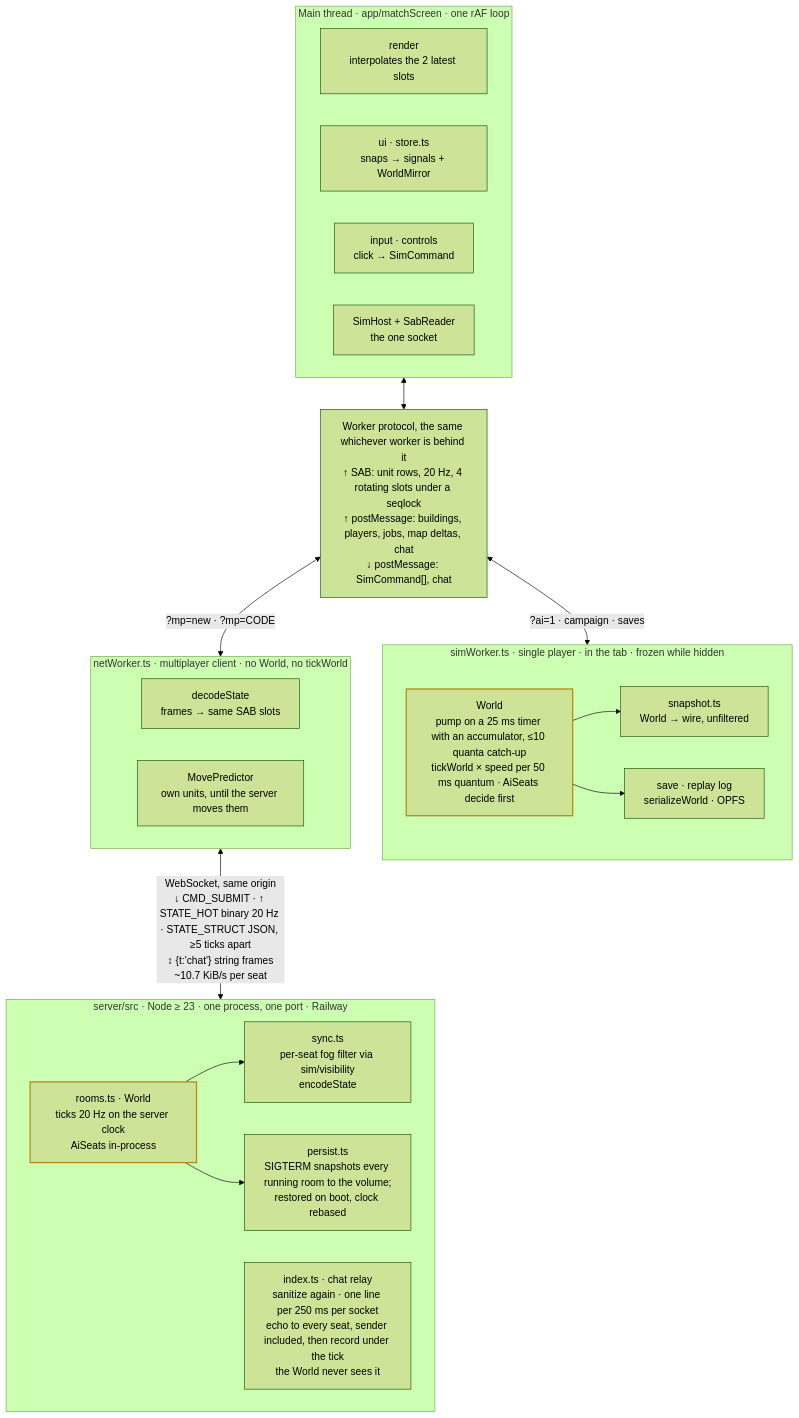
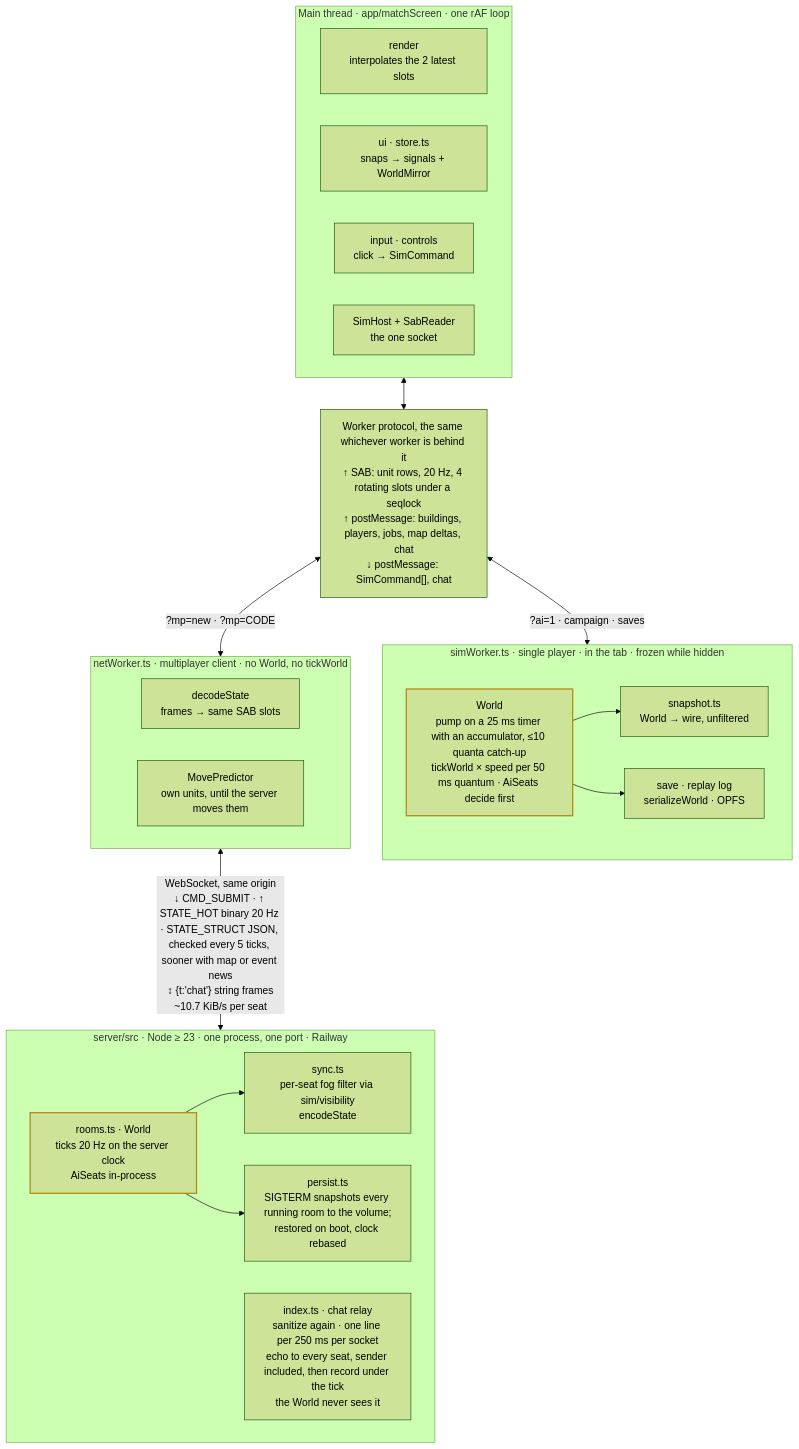
Before and after one commit to arv/serf: the second of 2 diagrams in docs/architecture.md, drawn with Mermaid (forest theme). The commit also changed other lines of this file, not shown here.

First line of the commit message:
docs(architecture): struct frames come sooner with news; chat is the one player-visible non-world payload

````diff
--- a/docs/architecture.md
+++ b/docs/architecture.md
@@ -109,42 +110,42 @@
 ```mermaid
 flowchart TB
   subgraph main["Main thread · app/matchScreen · one rAF loop"]
     direction LR
     render["render<br/>interpolates the 2 latest slots"]
     uistore["ui · store.ts<br/>snaps → signals + WorldMirror"]
     controls["input · controls<br/>click → SimCommand"]
     host["SimHost + SabReader<br/>the one socket"]
   end
   wire["Worker protocol, the same whichever worker is behind it<br/>↑ SAB: unit rows, 20 Hz, 4 rotating slots under a seqlock<br/>↑ postMessage: buildings, players, jobs, map deltas, chat<br/>↓ postMessage: SimCommand[], chat"]
   main <--> wire
 
   subgraph solo["simWorker.ts · single player · in the tab · frozen while hidden"]
     world1["World<br/>pump on a 25 ms timer with an accumulator, ≤10 quanta catch-up<br/>tickWorld × speed per 50 ms quantum · AiSeats decide first"]
     snap["snapshot.ts<br/>World → wire, unfiltered"]
     save["save · replay log<br/>serializeWorld · OPFS"]
     world1 --> snap
     world1 --> save
   end
   wire <-- "?ai=1 · campaign · saves" --> solo
 
   subgraph mp["netWorker.ts · multiplayer client · no World, no tickWorld"]
     direction LR
     decode["decodeState<br/>frames → same SAB slots"]
     predict["MovePredictor<br/>own units, until the server moves them"]
   end
   wire <-- "?mp=new · ?mp=CODE" --> mp
 
   subgraph srv["server/src · Node ≥ 23 · one process, one port · Railway"]
     direction LR
     rooms["rooms.ts · World<br/>ticks 20 Hz on the server clock<br/>AiSeats in-process"]
     sync["sync.ts<br/>per-seat fog filter via sim/visibility<br/>encodeState"]
     persist["persist.ts<br/>SIGTERM snapshots every running room to the volume;<br/>restored on boot, clock rebased"]
     relay["index.ts · chat relay<br/>sanitize again · one line per 250 ms per socket<br/>echo to every seat, sender included, then record under the tick<br/>the World never sees it"]
     rooms --> sync
     rooms --> persist
   end
-  mp <-- "WebSocket, same origin<br/>↓ CMD_SUBMIT · ↑ STATE_HOT binary 20 Hz · STATE_STRUCT JSON, ≥5 ticks apart<br/>↕ {t:'chat'} string frames<br/>~10.7 KiB/s per seat" --> srv
+  mp <-- "WebSocket, same origin<br/>↓ CMD_SUBMIT · ↑ STATE_HOT binary 20 Hz · STATE_STRUCT JSON, checked every 5 ticks, sooner with map or event news<br/>↕ {t:'chat'} string frames<br/>~10.7 KiB/s per seat" --> srv
 
   style world1 stroke:#b8891a,stroke-width:2px
   style rooms stroke:#b8891a,stroke-width:2px
 ```
````
